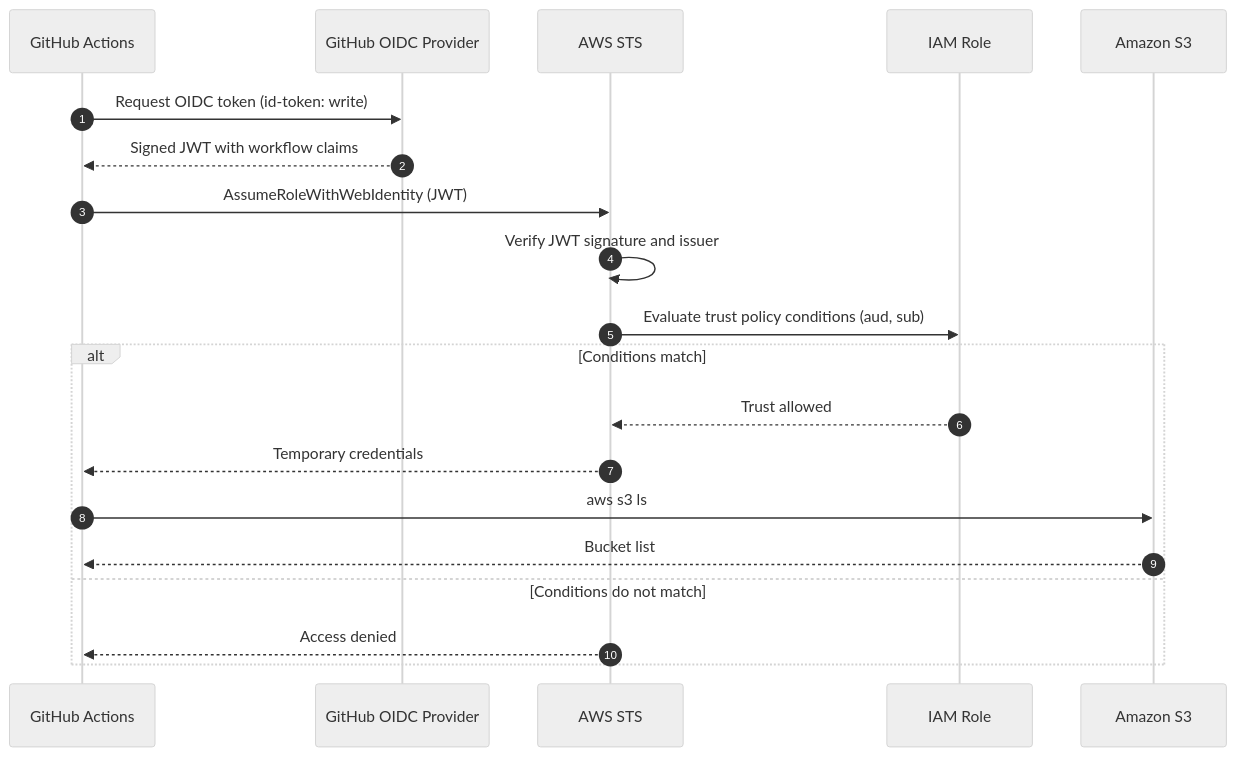
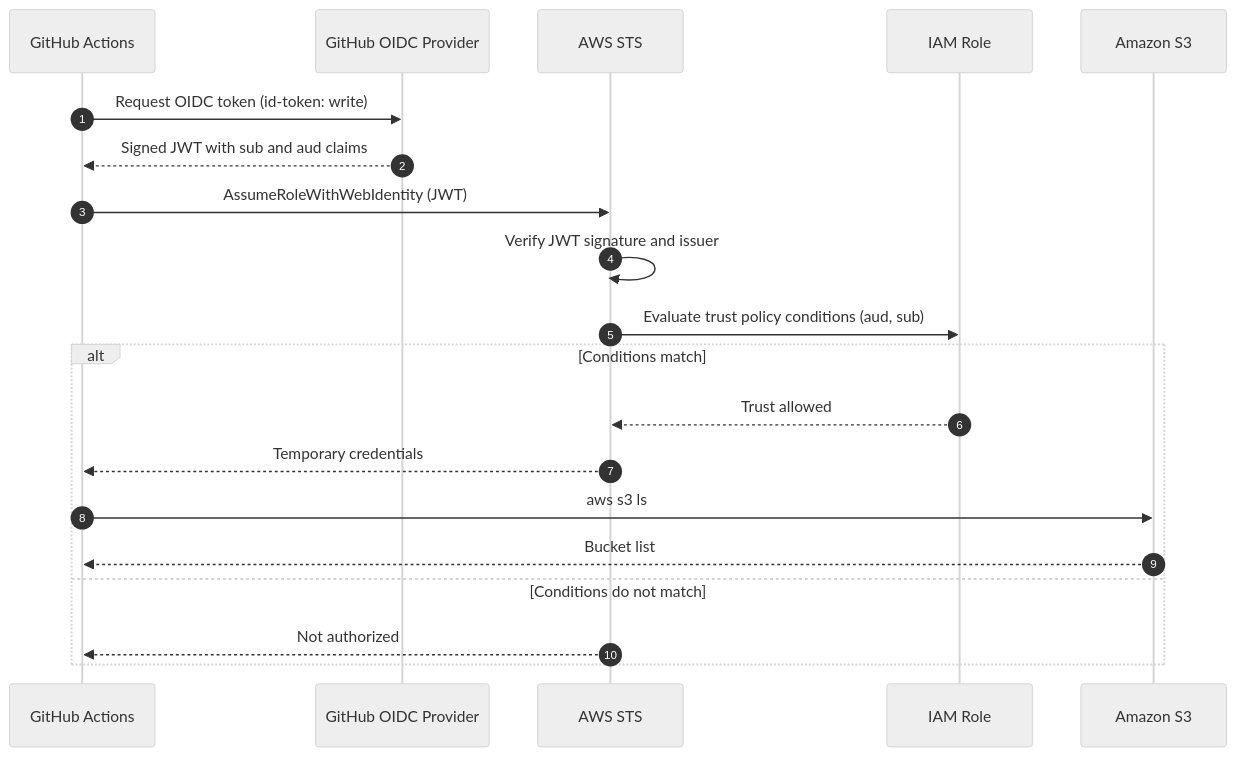
The diagram in README.md (aquavis12/github-oidc-demo), drawn with Mermaid (neutral theme) before and after one commit. The commit also changed other lines of this file, not shown here.

````diff
--- a/README.md
+++ b/README.md
@@ -52,26 +47,26 @@
 ```mermaid
 sequenceDiagram
     autonumber
 
     participant GH as GitHub Actions
     participant OIDC as GitHub OIDC Provider
     participant STS as AWS STS
     participant ROLE as IAM Role
     participant S3 as Amazon S3
 
     GH->>OIDC: Request OIDC token (id-token: write)
-    OIDC-->>GH: Signed JWT with workflow claims
+    OIDC-->>GH: Signed JWT with sub and aud claims
 
     GH->>STS: AssumeRoleWithWebIdentity (JWT)
     STS->>STS: Verify JWT signature and issuer
     STS->>ROLE: Evaluate trust policy conditions (aud, sub)
 
     alt Conditions match
         ROLE-->>STS: Trust allowed
         STS-->>GH: Temporary credentials
         GH->>S3: aws s3 ls
         S3-->>GH: Bucket list
     else Conditions do not match
-        STS-->>GH: Access denied
+        STS-->>GH: Not authorized
     end
 ```
````
